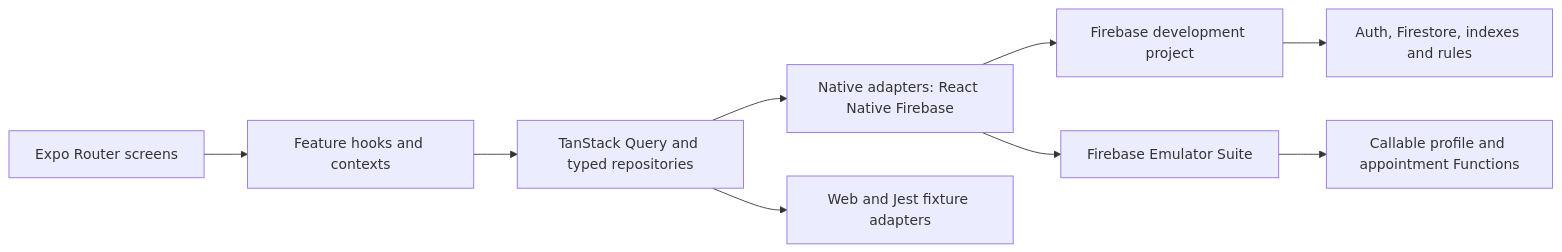
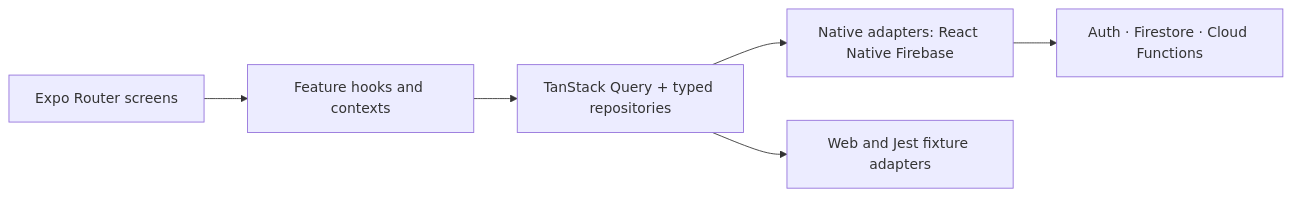
One commit to naderalfakesh/Hakeemi changed the diagram in README.md. Above: the diagram before and after it, drawn with Mermaid. The commit also changed other lines of this file and 9 other files, not shown here.

````diff
--- a/README.md
+++ b/README.md
@@ -68,11 +71,8 @@
 ```mermaid
 flowchart LR
-    Routes["Expo Router screens"] --> Features["Feature hooks and contexts"]
-    Features --> Query["TanStack Query and typed repositories"]
+    Screens["Expo Router screens"] --> Features["Feature hooks and contexts"]
+    Features --> Query["TanStack Query + typed repositories"]
     Query --> Native["Native adapters: React Native Firebase"]
-    Query --> Portable["Web and Jest fixture adapters"]
-    Native --> Cloud["Firebase development project"]
-    Native --> Emulator["Firebase Emulator Suite"]
-    Cloud --> Data["Auth, Firestore, indexes and rules"]
-    Emulator --> Functions["Callable profile and appointment Functions"]
+    Query --> Fixtures["Web and Jest fixture adapters"]
+    Native --> Firebase["Auth · Firestore · Cloud Functions"]
 ```
````
